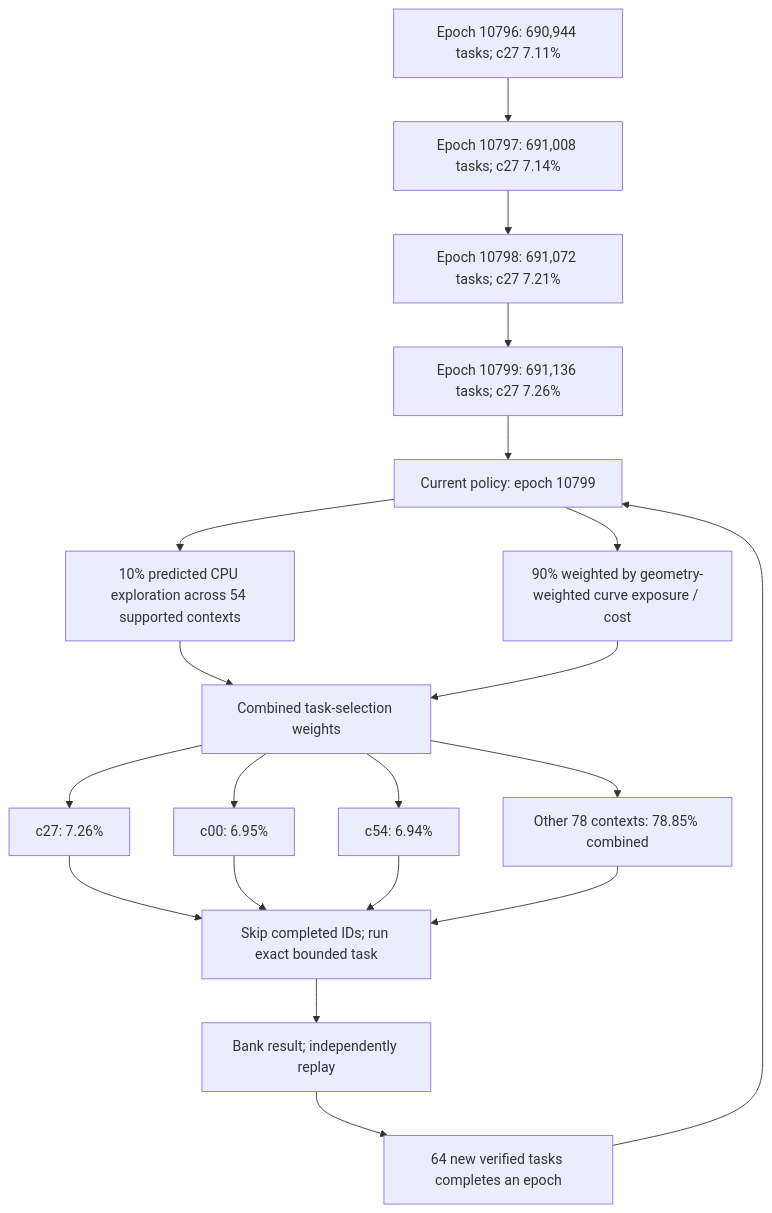
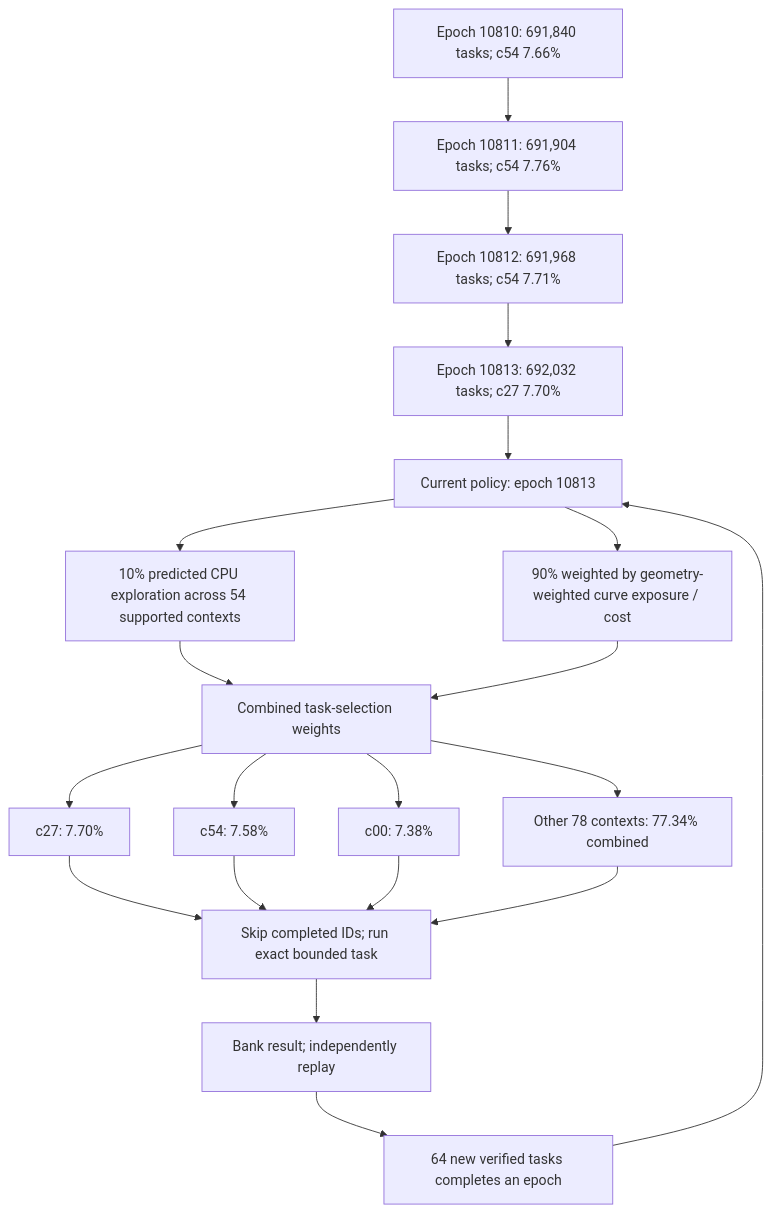
The first of 4 diagrams in README.md (Kuberwastaken/math-gambling), drawn with Mermaid before and after one commit. The commit also changed other lines of this file and 3823 other files, not shown here.

````diff
--- a/README.md
+++ b/README.md
@@ -60,27 +60,27 @@
 ```mermaid
 flowchart TD
-    H0["Epoch 10796: 690,944 tasks; c27 7.11%"]
-    H1["Epoch 10797: 691,008 tasks; c27 7.14%"]
+    H0["Epoch 10810: 691,840 tasks; c54 7.66%"]
+    H1["Epoch 10811: 691,904 tasks; c54 7.76%"]
     H0 --> H1
-    H2["Epoch 10798: 691,072 tasks; c27 7.21%"]
+    H2["Epoch 10812: 691,968 tasks; c54 7.71%"]
     H1 --> H2
-    H3["Epoch 10799: 691,136 tasks; c27 7.26%"]
+    H3["Epoch 10813: 692,032 tasks; c27 7.70%"]
     H2 --> H3
-    Policy["Current policy: epoch 10799"]
+    Policy["Current policy: epoch 10813"]
     H3 --> Policy
     Policy --> Explore["10% predicted CPU exploration across 54 supported contexts"]
     Policy --> Cost["90% weighted by geometry-weighted curve exposure / cost"]
     Explore --> Mix["Combined task-selection weights"]
     Cost --> Mix
-    Mix --> C0["c27: 7.26%"]
-    Mix --> C1["c00: 6.95%"]
-    Mix --> C2["c54: 6.94%"]
-    Mix --> Rest["Other 78 contexts: 78.85% combined"]
+    Mix --> C0["c27: 7.70%"]
+    Mix --> C1["c54: 7.58%"]
+    Mix --> C2["c00: 7.38%"]
+    Mix --> Rest["Other 78 contexts: 77.34% combined"]
     C0 --> Check["Skip completed IDs; run exact bounded task"]
     C1 --> Check
     C2 --> Check
     Rest --> Check
     Check --> Replay["Bank result; independently replay"]
     Replay --> Gate["64 new verified tasks completes an epoch"]
     Gate --> Policy
 ```
````
